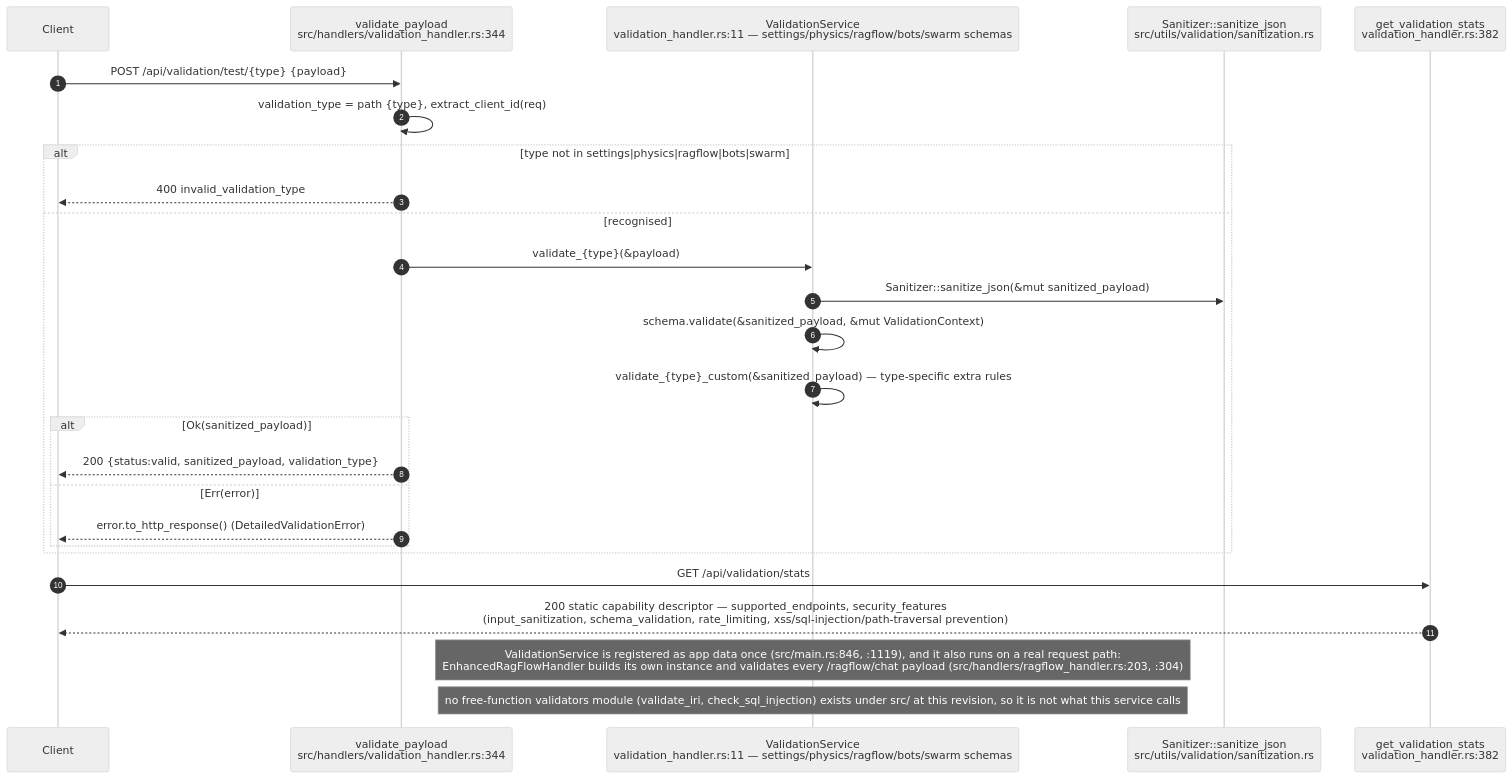
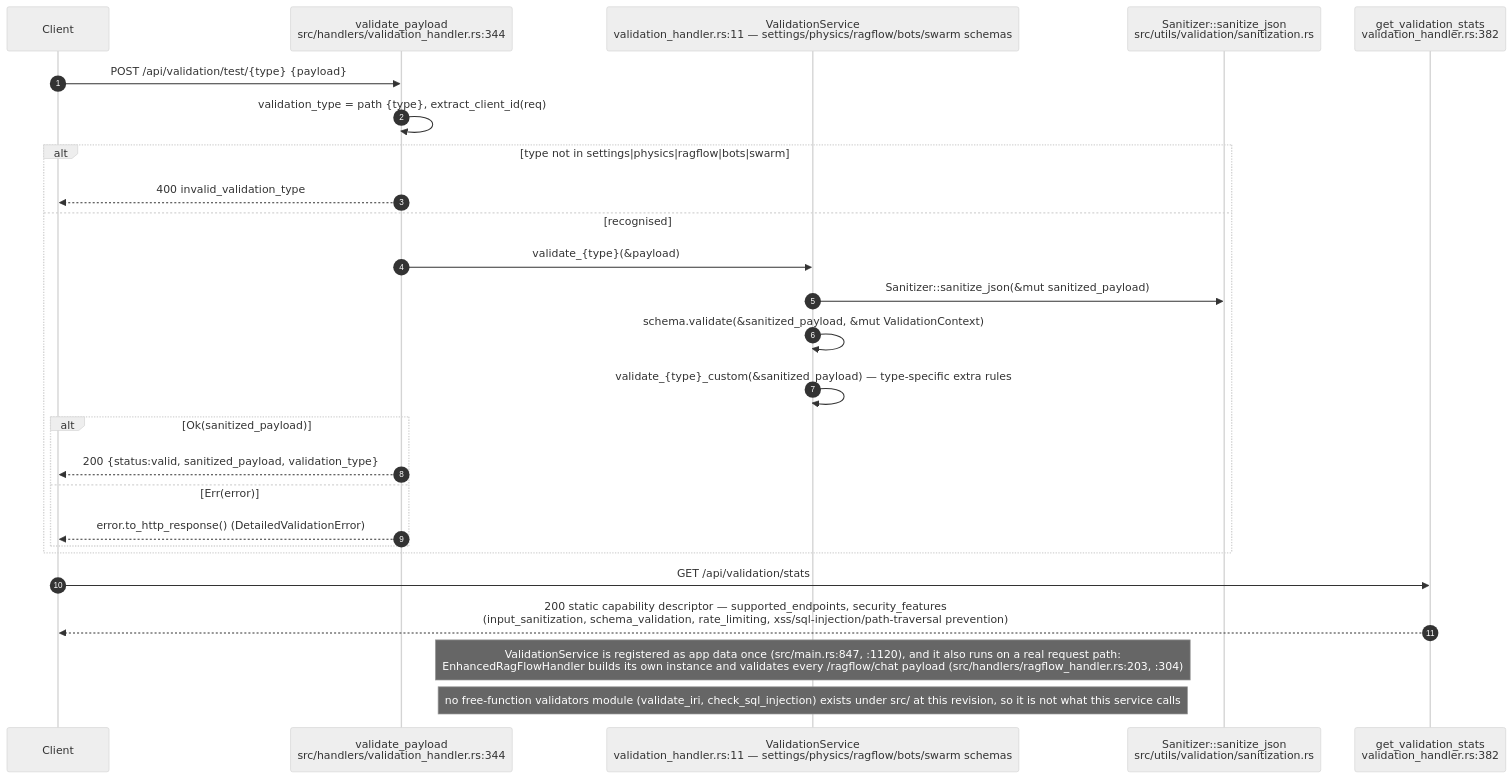
Before and after one commit to DreamLab-AI/VisionFlow: diagram 17 of 24 in docs/diagrams/visionclaw/04-handlers-graph-and-state.md, drawn with Mermaid (neutral theme). The commit also changed other lines of this file and 49 other files, not shown here.

First line of the commit message:
docs(diagrams): re-derive and re-stamp VisionClaw, estate, knowledge-graph, visionGraph, VisionFlow and sidestr topics

````diff
--- a/docs/diagrams/visionclaw/04-handlers-graph-and-state.md
+++ b/docs/diagrams/visionclaw/04-handlers-graph-and-state.md
@@ -913,29 +913,29 @@
 ```mermaid
 sequenceDiagram
     autonumber
     participant C as Client
     participant VP as validate_payload<br/>src/handlers/validation_handler.rs:344
     participant VS as ValidationService<br/>validation_handler.rs:11 — settings/physics/ragflow/bots/swarm schemas
     participant SAN as Sanitizer::sanitize_json<br/>src/utils/validation/sanitization.rs
     participant GS as get_validation_stats<br/>validation_handler.rs:382
 
     C->>VP: POST /api/validation/test/{type} {payload}
     VP->>VP: validation_type = path {type}, extract_client_id(req)
     alt type not in settings|physics|ragflow|bots|swarm
         VP-->>C: 400 invalid_validation_type
     else recognised
         VP->>VS: validate_{type}(&payload)
         VS->>SAN: Sanitizer::sanitize_json(&mut sanitized_payload)
         VS->>VS: schema.validate(&sanitized_payload, &mut ValidationContext)
         VS->>VS: validate_{type}_custom(&sanitized_payload) — type-specific extra rules
         alt Ok(sanitized_payload)
             VP-->>C: 200 {status:valid, sanitized_payload, validation_type}
         else Err(error)
             VP-->>C: error.to_http_response() (DetailedValidationError)
         end
     end
     C->>GS: GET /api/validation/stats
     GS-->>C: 200 static capability descriptor — supported_endpoints, security_features<br/>(input_sanitization, schema_validation, rate_limiting, xss/sql-injection/path-traversal prevention)
-    Note over VS: ValidationService is registered as app data once (src/main.rs:846, :1119), and it also runs on a real request path:<br/>EnhancedRagFlowHandler builds its own instance and validates every /ragflow/chat payload (src/handlers/ragflow_handler.rs:203, :304)
+    Note over VS: ValidationService is registered as app data once (src/main.rs:847, :1120), and it also runs on a real request path:<br/>EnhancedRagFlowHandler builds its own instance and validates every /ragflow/chat payload (src/handlers/ragflow_handler.rs:203, :304)
     Note over VS: no free-function validators module (validate_iri, check_sql_injection) exists under src/ at this revision, so it is not what this service calls
 ```
````
